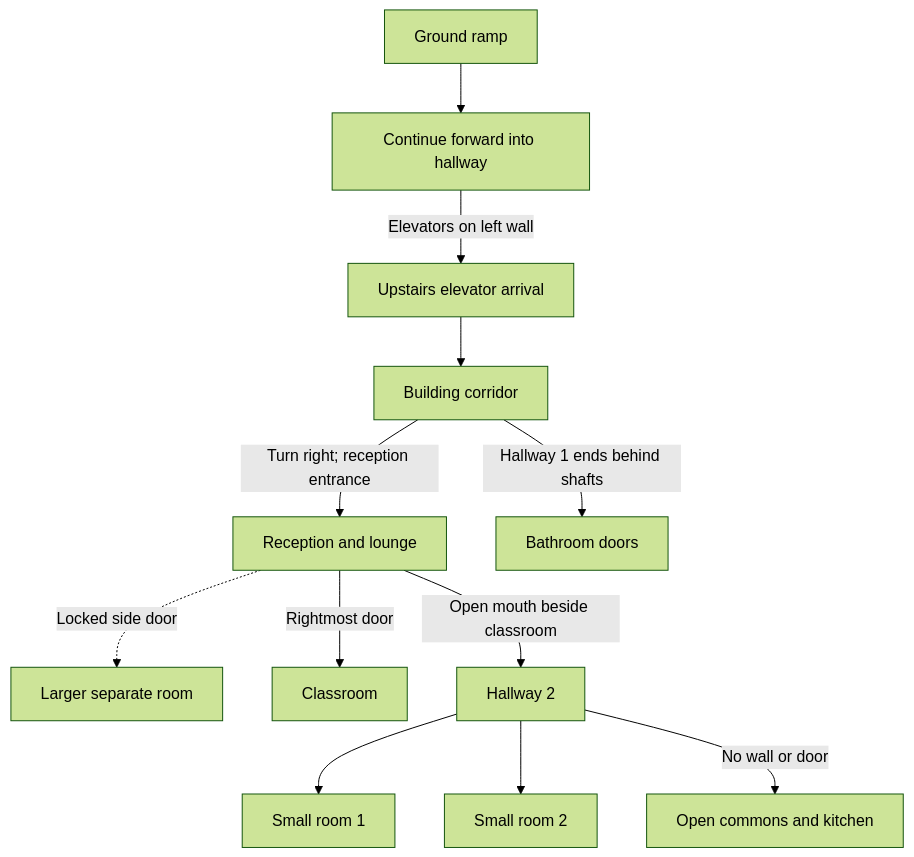
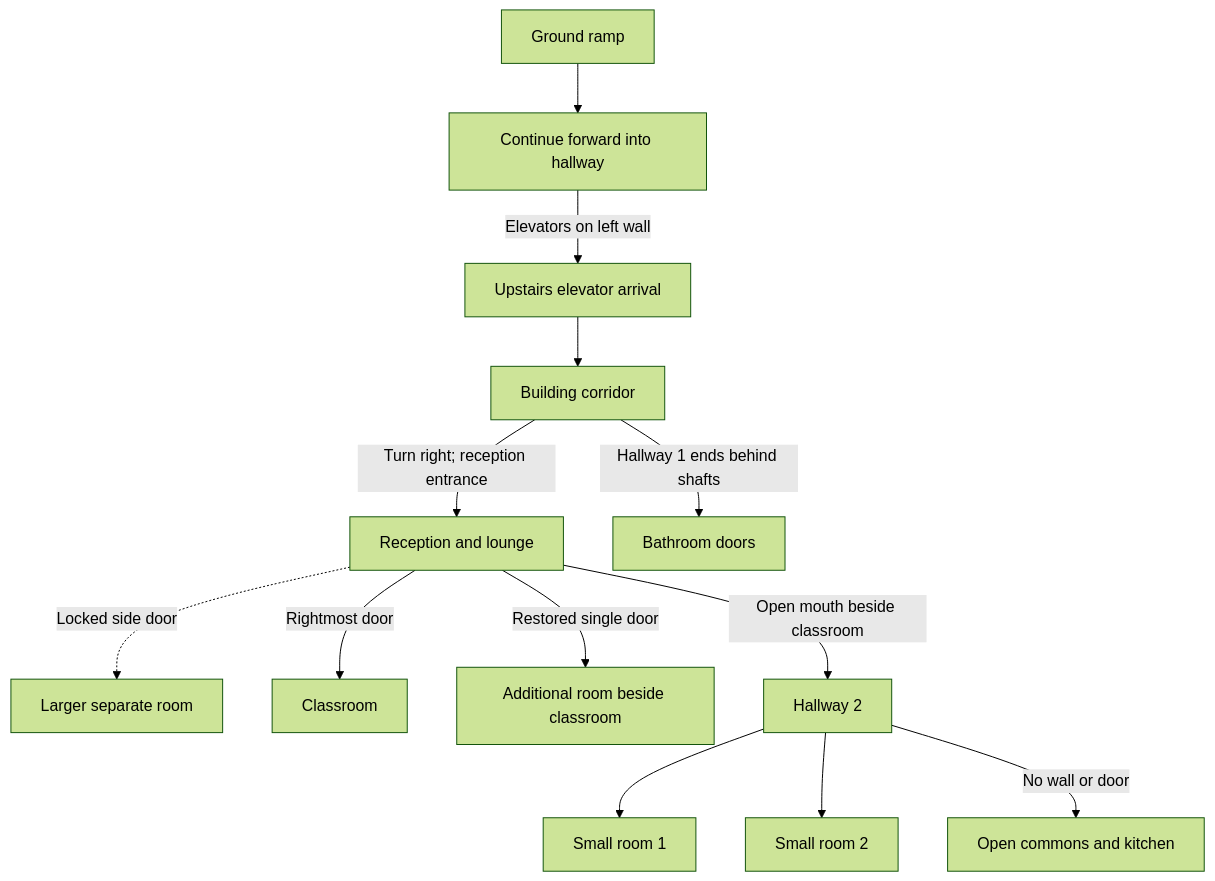
One commit to D-Stukes/pursuit-game-multi-agent-system changed the diagram in Docs/Building-Review.md. Above: the diagram before and after it, drawn with Mermaid (forest theme). The commit also changed other lines of this file and 14 other files, not shown here.

Commit message:
fix: expand reception and preserve approved room doors

````diff
--- a/Docs/Building-Review.md
+++ b/Docs/Building-Review.md
@@ -96,14 +100,15 @@
 ```mermaid
 flowchart TD
     Ramp[Ground ramp] --> Forward[Continue forward into hallway]
     Forward -->|Elevators on left wall| Lift[Upstairs elevator arrival]
     Lift --> Landing[Building corridor]
     Landing -->|Turn right; reception entrance| Reception[Reception and lounge]
     Landing -->|Hallway 1 ends behind shafts| Restrooms[Bathroom doors]
     Reception -.->|Locked side door| Large[Larger separate room]
     Reception -->|Rightmost door| Class[Classroom]
+    Reception -->|Restored single door| Additional[Additional room beside classroom]
     Reception -->|Open mouth beside classroom| Hall[Hallway 2]
     Hall --> Small1[Small room 1]
     Hall --> Small2[Small room 2]
     Hall -->|No wall or door| Commons[Open commons and kitchen]
 ```
````
